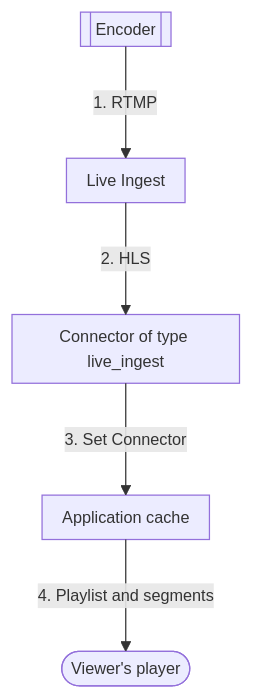
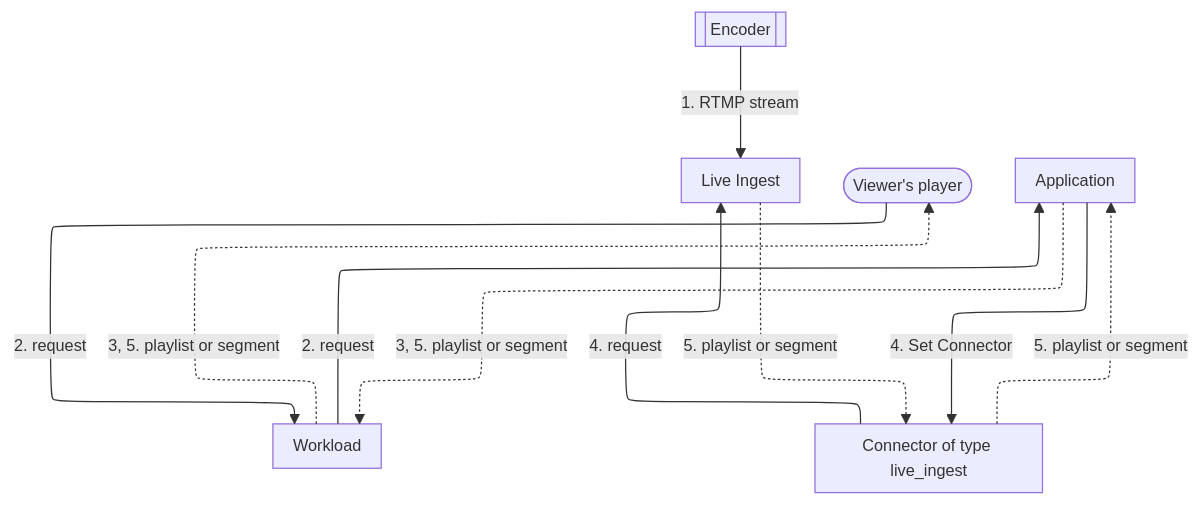
One commit to aziontech/docs changed the diagram in apps/docs/src/content/docs/en/pages/secure/live-ingest/ingestion-and-delivery.mdx. Above: the diagram before and after it, drawn with Mermaid. The commit also changed other lines of this file and 51 other files, not shown here.

````diff
--- a/apps/docs/src/content/docs/en/pages/secure/live-ingest/ingestion-and-delivery.mdx
+++ b/apps/docs/src/content/docs/en/pages/secure/live-ingest/ingestion-and-delivery.mdx
@@ -60,8 +60,19 @@
 ```mermaid
-%%{init: {"layout": "elk", "themeVariables": {"fontSize": "13px"}, "flowchart": {"nodeSpacing": 24, "rankSpacing": 36, "padding": 8, "wrappingWidth": 150, "useMaxWidth": true}, "sequence": {"width": 120, "actorMargin": 30, "useMaxWidth": true}}}%%
+%%{init: {"layout": "elk", "elk": {"cycleBreakingStrategy": "MODEL_ORDER"}, "themeVariables": {"fontSize": "13px"}, "flowchart": {"nodeSpacing": 24, "rankSpacing": 36, "padding": 8, "wrappingWidth": 150, "useMaxWidth": true}, "sequence": {"width": 120, "actorMargin": 30, "useMaxWidth": true}}}%%
 flowchart TD
-  Enc[["Encoder"]] -->|"1. RTMP"| LI["Live Ingest"]
-  LI -->|"2. HLS"| Conn["Connector of type live_ingest"]
-  Conn -->|"3. Set Connector"| App["Application cache"]
-  App -->|"4. Playlist and segments"| Player(["Viewer's player"])
+  Enc[["Encoder"]]
+  LI["Live Ingest"]
+  Player(["Viewer's player"])
+  WL["Workload"]
+  App["Application"]
+  Conn["Connector of type live_ingest"]
+  Enc -->|"1. RTMP stream"| LI
+  Player -->|"2. request"| WL
+  WL -->|"2. request"| App
+  App -->|"4. Set Connector"| Conn
+  Conn -->|"4. request"| LI
+  LI -.->|"5. playlist or segment"| Conn
+  Conn -.->|"5. playlist or segment"| App
+  App -.->|"3, 5. playlist or segment"| WL
+  WL -.->|"3, 5. playlist or segment"| Player
 ```
````
